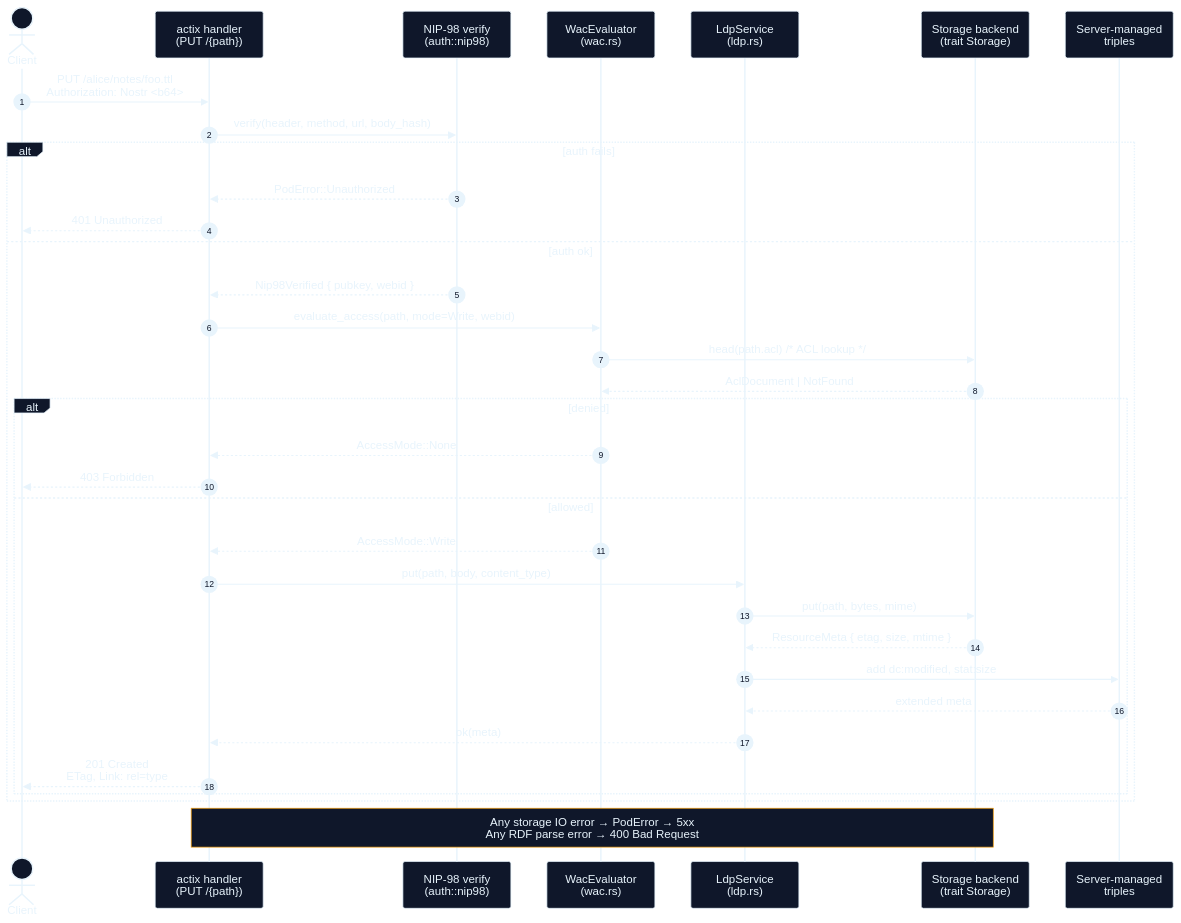
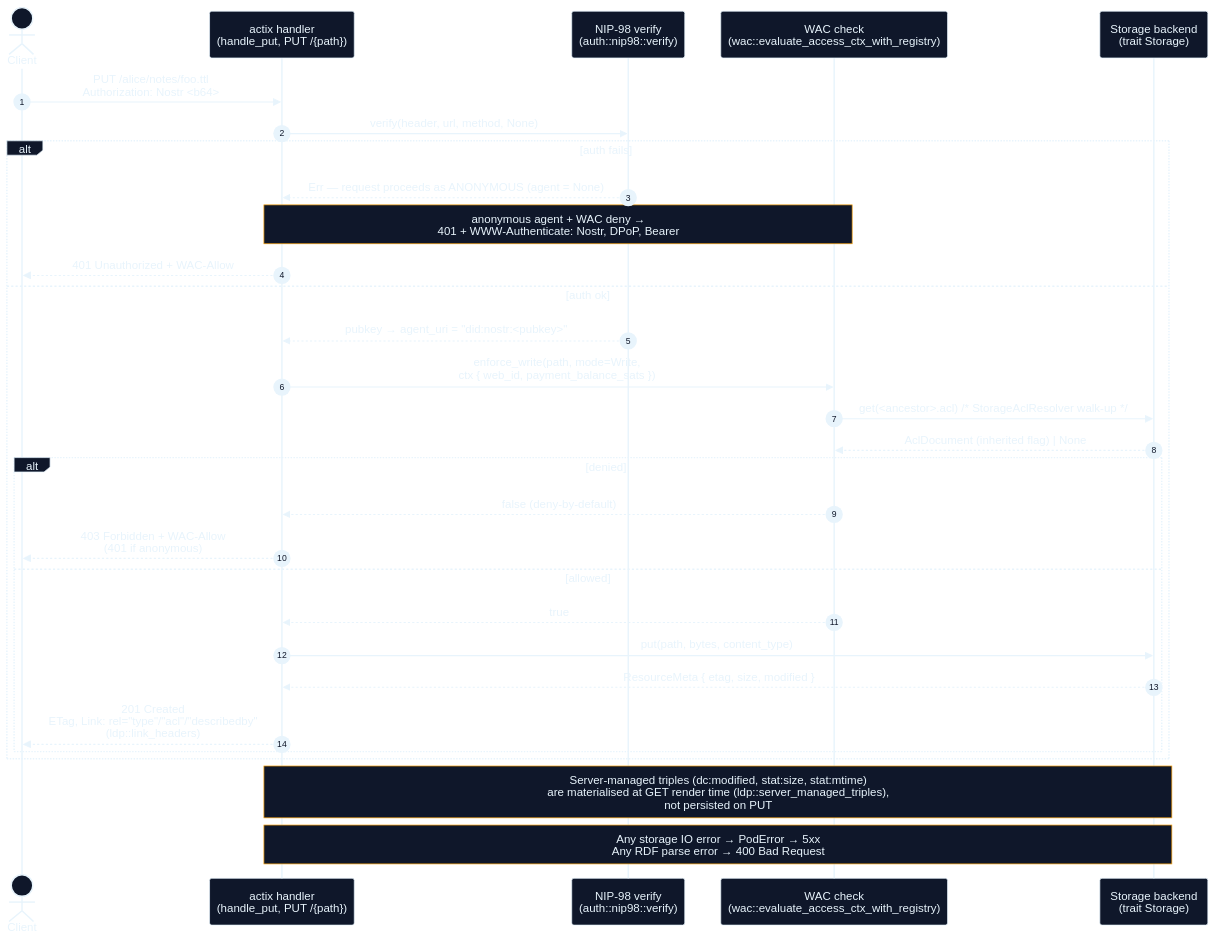
Before and after one commit to DreamLab-AI/solid-pod-rs: the diagram in crates/solid-pod-rs/docs/diagrams/src/02-request-lifecycle.mmd, drawn with Mermaid. The commit also changed 12 other files, not shown here.

First line of the commit message:
docs(diagrams): verify mermaid diagrams against crate code; correct drifted claims

```diff
--- a/crates/solid-pod-rs/docs/diagrams/src/02-request-lifecycle.mmd
+++ b/crates/solid-pod-rs/docs/diagrams/src/02-request-lifecycle.mmd
@@ -1,46 +1,42 @@
 %%{init: {'theme':'base','themeVariables':{
   'primaryColor':'#0f172a','primaryTextColor':'#E8F4FC','primaryBorderColor':'#E8F4FC',
   'lineColor':'#E8F4FC','background':'transparent','mainBkg':'#0f172a',
   'actorBkg':'#0f172a','actorTextColor':'#E8F4FC','actorBorder':'#E8F4FC',
   'signalColor':'#E8F4FC','signalTextColor':'#E8F4FC',
   'labelBoxBkgColor':'#0f172a','labelBoxBorderColor':'#E8F4FC','labelTextColor':'#E8F4FC',
   'noteBkgColor':'#0f172a','noteTextColor':'#E8F4FC','noteBorderColor':'#F59E0B',
   'sequenceNumberColor':'#0f172a',
   'fontFamily':'ui-sans-serif, system-ui, sans-serif'
 }}}%%
 sequenceDiagram
   autonumber
   actor C as Client
-  participant A as actix handler<br/>(PUT /{path})
-  participant N as NIP-98 verify<br/>(auth::nip98)
-  participant W as WacEvaluator<br/>(wac.rs)
-  participant L as LdpService<br/>(ldp.rs)
+  participant A as actix handler<br/>(handle_put, PUT /{path})
+  participant N as NIP-98 verify<br/>(auth::nip98::verify)
+  participant W as WAC check<br/>(wac::evaluate_access_ctx_with_registry)
   participant S as Storage backend<br/>(trait Storage)
-  participant M as Server-managed<br/>triples
 
   C->>A: PUT /alice/notes/foo.ttl<br/>Authorization: Nostr <b64>
-  A->>N: verify(header, method, url, body_hash)
+  A->>N: verify(header, url, method, None)
   alt auth fails
-    N-->>A: PodError::Unauthorized
-    A-->>C: 401 Unauthorized
+    N-->>A: Err — request proceeds as ANONYMOUS (agent = None)
+    Note over A,W: anonymous agent + WAC deny →<br/>401 + WWW-Authenticate: Nostr, DPoP, Bearer
+    A-->>C: 401 Unauthorized + WAC-Allow
   else auth ok
-    N-->>A: Nip98Verified { pubkey, webid }
-    A->>W: evaluate_access(path, mode=Write, webid)
-    W->>S: head(path.acl)  /* ACL lookup */
-    S-->>W: AclDocument | NotFound
+    N-->>A: pubkey → agent_uri = "did:nostr:<pubkey>"
+    A->>W: enforce_write(path, mode=Write,<br/>ctx { web_id, payment_balance_sats })
+    W->>S: get(<ancestor>.acl)  /* StorageAclResolver walk-up */
+    S-->>W: AclDocument (inherited flag) | None
     alt denied
-      W-->>A: AccessMode::None
-      A-->>C: 403 Forbidden
+      W-->>A: false (deny-by-default)
+      A-->>C: 403 Forbidden + WAC-Allow<br/>(401 if anonymous)
     else allowed
-      W-->>A: AccessMode::Write
-      A->>L: put(path, body, content_type)
-      L->>S: put(path, bytes, mime)
-      S-->>L: ResourceMeta { etag, size, mtime }
-      L->>M: add dc:modified, stat:size
-      M-->>L: extended meta
-      L-->>A: ok(meta)
-      A-->>C: 201 Created<br/>ETag, Link: rel=type
+      W-->>A: true
+      A->>S: put(path, bytes, content_type)
+      S-->>A: ResourceMeta { etag, size, modified }
+      A-->>C: 201 Created<br/>ETag, Link: rel="type"/"acl"/"describedby"<br/>(ldp::link_headers)
     end
   end
 
+  Note over A,S: Server-managed triples (dc:modified, stat:size, stat:mtime)<br/>are materialised at GET render time (ldp::server_managed_triples),<br/>not persisted on PUT
   Note over A,S: Any storage IO error → PodError → 5xx<br/>Any RDF parse error → 400 Bad Request
```
